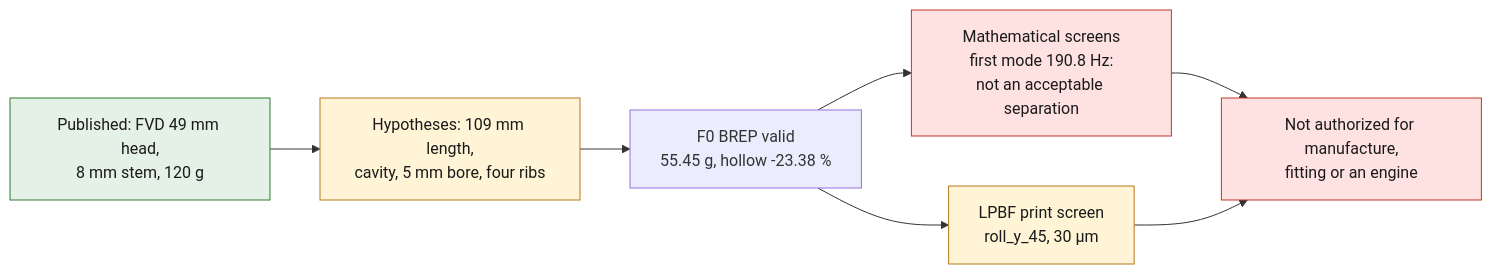
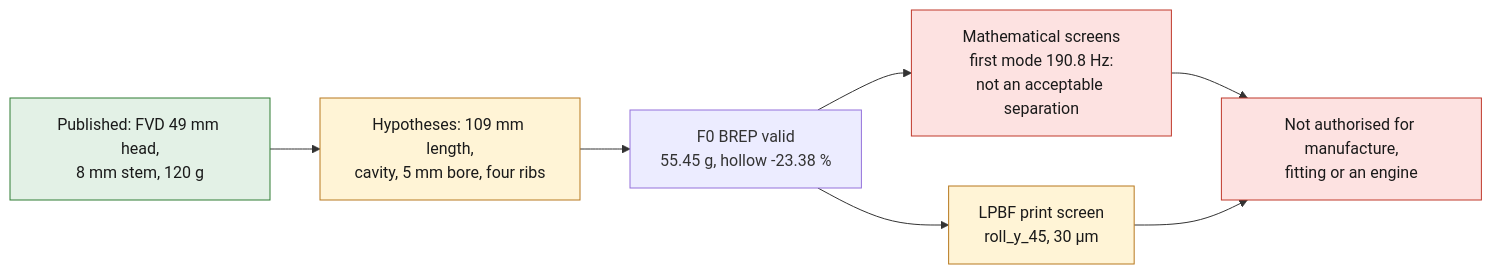
The diagram in docs/993/993_INTAKE_VALVE_TI64_HOLLOW_F0.md (cluster2600/porscheparts), drawn with Mermaid before and after one commit. The commit also changed other lines of this file and 480 other files, not shown here.

````diff
--- a/docs/993/993_INTAKE_VALVE_TI64_HOLLOW_F0.md
+++ b/docs/993/993_INTAKE_VALVE_TI64_HOLLOW_F0.md
@@ -14,15 +14,15 @@
 ```mermaid
 flowchart LR
   S["Published: FVD 49 mm head,<br/>8 mm stem, 120 g"] --> H["Hypotheses: 109 mm length,<br/>cavity, 5 mm bore, four ribs"]
   H --> G["F0 BREP valid<br/>55.45 g, hollow -23.38 %"]
   G --> M["Mathematical screens<br/>first mode 190.8 Hz:<br/>not an acceptable separation"]
   G --> P["LPBF print screen<br/>roll_y_45, 30 µm"]
-  M --> V["Not authorized for manufacture,<br/>fitting or an engine"]
+  M --> V["Not authorised for manufacture,<br/>fitting or an engine"]
   P --> V
   class S ok
   class H,P open
   class M,V stop
   classDef stop fill:#fde2e1,stroke:#c0392b,color:#1a1a1a;
   classDef ok fill:#e3f1e6,stroke:#2e7d32,color:#1a1a1a;
   classDef open fill:#fff4d6,stroke:#b7791f,color:#1a1a1a;
 ```
````
